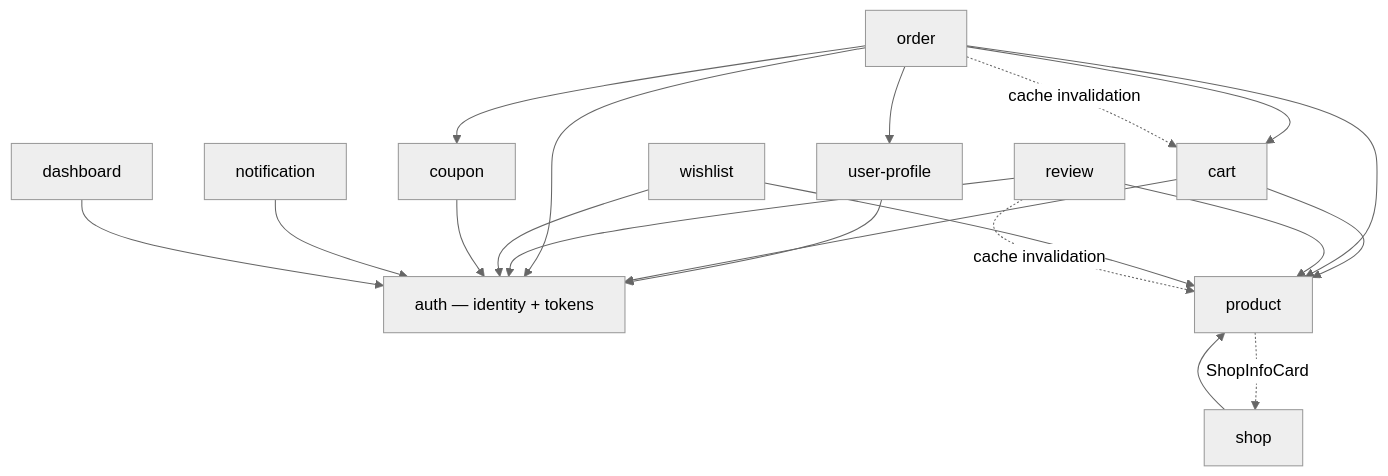
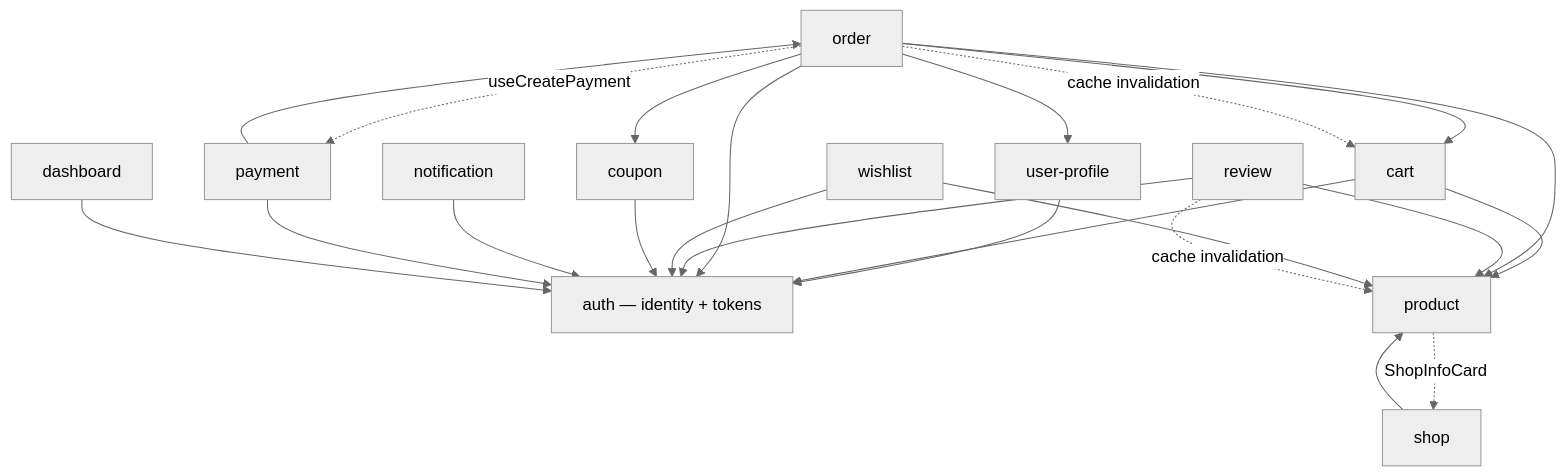
The second of 2 diagrams in frontend-react/docs/FE-ARCHITECTURE.md (Hy-Khang/E-commerce-shop-Amazon-), drawn with Mermaid (neutral theme) before and after one commit. The commit also changed other lines of this file and 46 other files, not shown here.

Commit message:
feat: implement full payment integration supporting VNPay and MoMo gateways with transaction tracking and order state synchronization

````diff
--- a/frontend-react/docs/FE-ARCHITECTURE.md
+++ b/frontend-react/docs/FE-ARCHITECTURE.md
@@ -147,26 +149,29 @@
 ```mermaid
 graph TD
     Auth["auth — identity + tokens"]
     UP["user-profile"] --> Auth
     Product["product"]
     Shop["shop"] --> Product
     Cart["cart"] --> Auth
     Cart --> Product
     Order["order"] --> Auth
     Order --> Cart
     Order --> UP
     Order --> Product
     Review["review"] --> Auth
     Review --> Product
     Wishlist["wishlist"] --> Auth
     Wishlist --> Product
     Coupon["coupon"] --> Auth
     Order --> Coupon
 
     Notification["notification"] --> Auth
+    Payment["payment"] --> Auth
+    Payment --> Order
     Dashboard["dashboard"] --> Auth
 
     Product -.->|ShopInfoCard| Shop
     Order -.->|cache invalidation| Cart
+    Order -.->|useCreatePayment| Payment
     Review -.->|cache invalidation| Product
 ```
````
